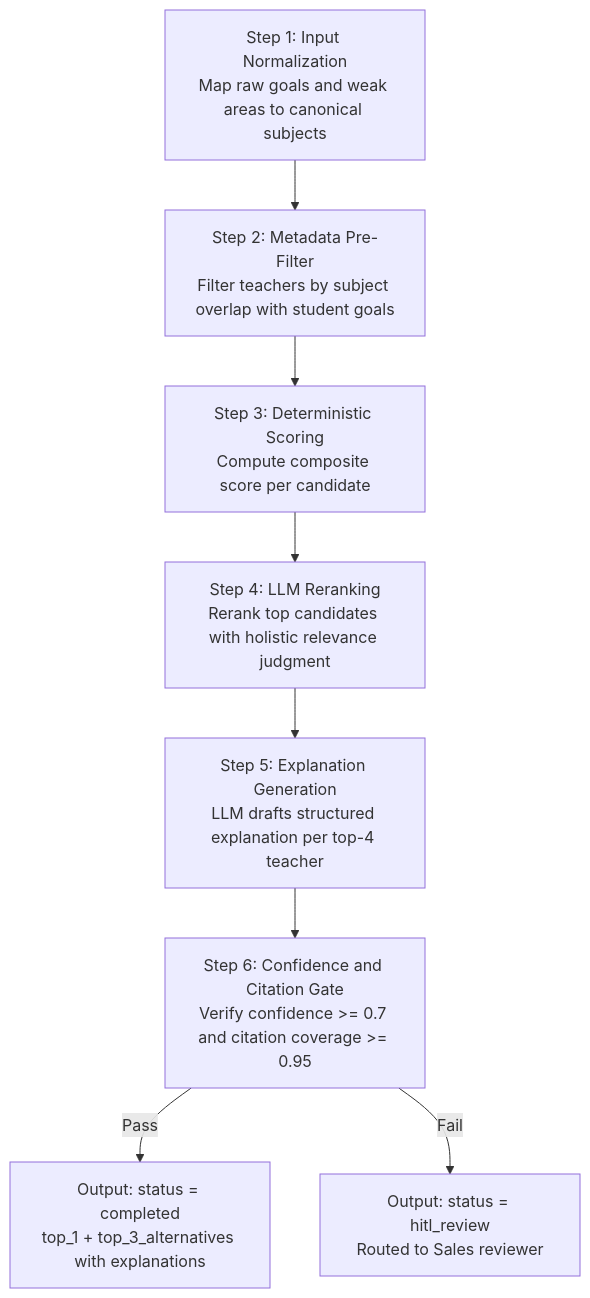
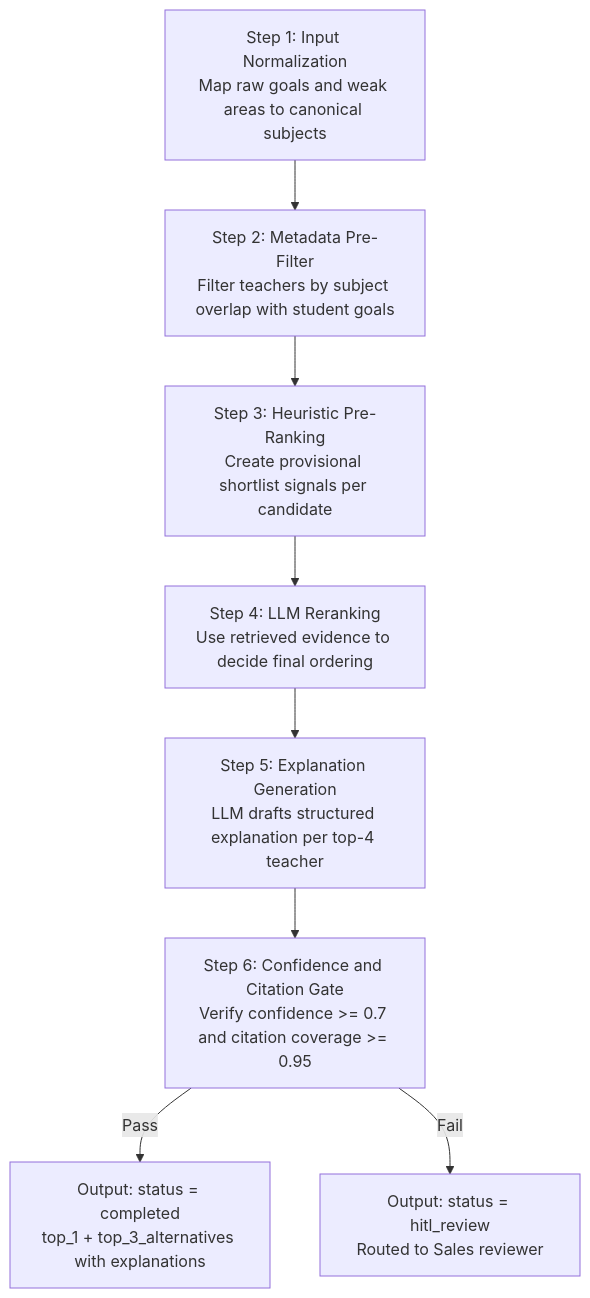
The first of 2 diagrams in output.md (JackTran15/TF_AI_Engineer_Assignment), drawn with Mermaid before and after one commit. The commit also changed other lines of this file and 8 other files, not shown here.

````diff
--- a/output.md
+++ b/output.md
@@ -9,19 +9,19 @@
 ```mermaid
 flowchart TD
     normalize["Step 1: Input Normalization\nMap raw goals and weak areas to canonical subjects"]
     filter["Step 2: Metadata Pre-Filter\nFilter teachers by subject overlap with student goals"]
-    score["Step 3: Deterministic Scoring\nCompute composite score per candidate"]
-    rerank["Step 4: LLM Reranking\nRerank top candidates with holistic relevance judgment"]
+    score["Step 3: Heuristic Pre-Ranking\nCreate provisional shortlist signals per candidate"]
+    rerank["Step 4: LLM Reranking\nUse retrieved evidence to decide final ordering"]
     explain["Step 5: Explanation Generation\nLLM drafts structured explanation per top-4 teacher"]
     gate["Step 6: Confidence and Citation Gate\nVerify confidence >= 0.7 and citation coverage >= 0.95"]
     completed["Output: status = completed\ntop_1 + top_3_alternatives with explanations"]
     hitl["Output: status = hitl_review\nRouted to Sales reviewer"]
 
     normalize --> filter
     filter --> score
     score --> rerank
     rerank --> explain
     explain --> gate
     gate -->|"Pass"| completed
     gate -->|"Fail"| hitl
 ```
````
